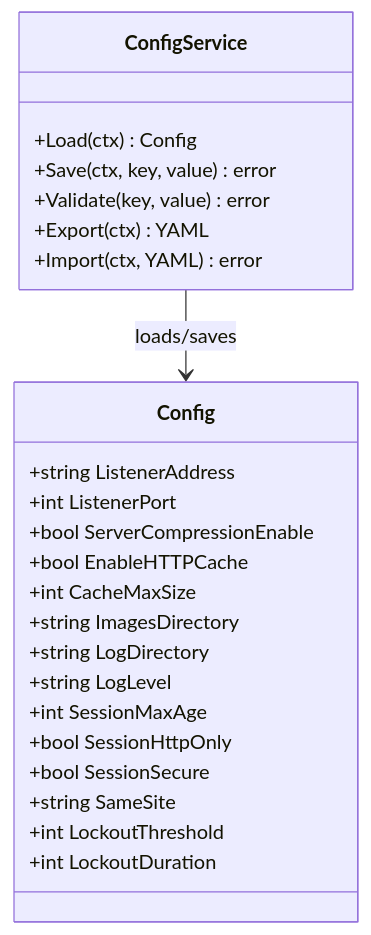
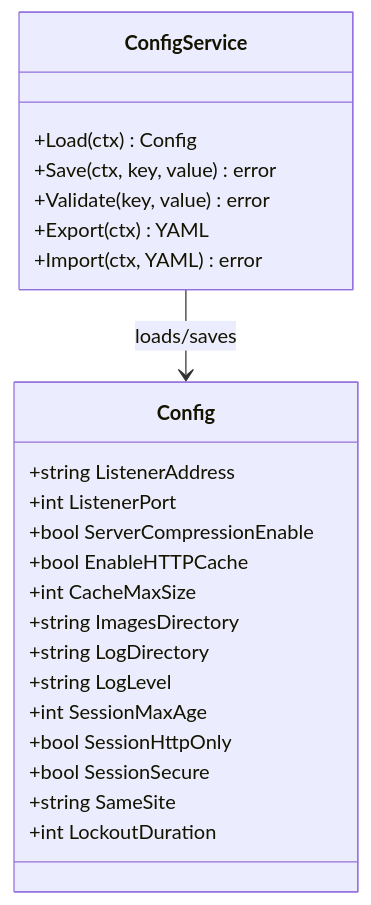
Before and after one commit to lbe/sfpg-go: diagram 19 of 21 in docs/ARCHITECTURE.md, drawn with Mermaid. The commit also changed other lines of this file and 180 other files, not shown here.

````diff
--- a/docs/ARCHITECTURE.md
+++ b/docs/ARCHITECTURE.md
@@ -1001,29 +1052,28 @@
 ```mermaid
 classDiagram
     class Config {
         +string ListenerAddress
         +int ListenerPort
         +bool ServerCompressionEnable
         +bool EnableHTTPCache
         +int CacheMaxSize
         +string ImagesDirectory
         +string LogDirectory
         +string LogLevel
         +int SessionMaxAge
         +bool SessionHttpOnly
         +bool SessionSecure
         +string SameSite
-        +int LockoutThreshold
         +int LockoutDuration
     }
 
     class ConfigService {
         +Load(ctx) Config
         +Save(ctx, key, value) error
         +Validate(key, value) error
         +Export(ctx) YAML
         +Import(ctx, YAML) error
     }
 
     ConfigService --> Config : loads/saves
 ```
````
